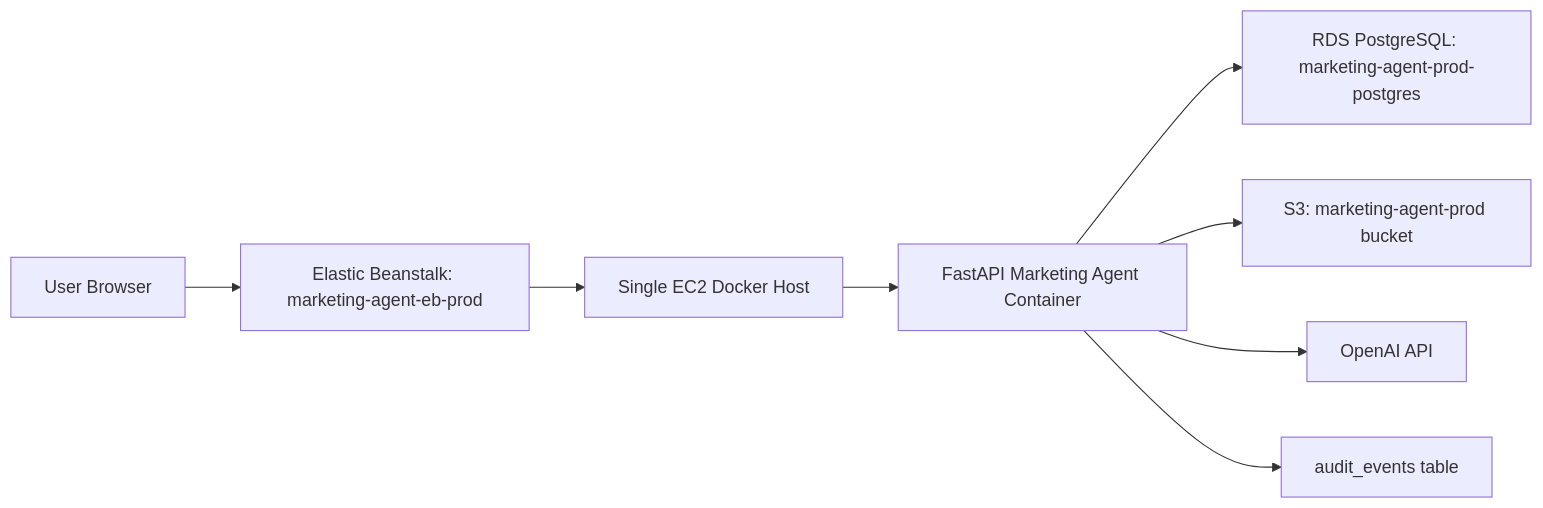
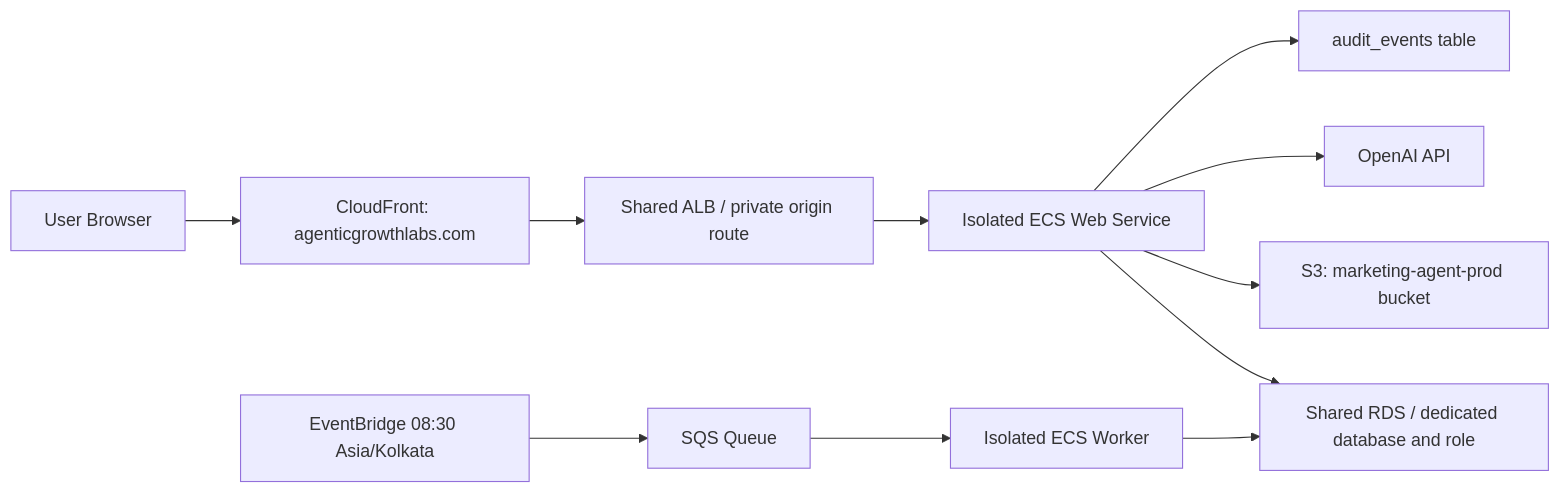
One commit to Mriganka10/Marketing-Agent changed the second of 2 diagrams in docs/ARCHITECTURE.md. Above: the diagram before and after it, drawn with Mermaid. The commit also changed other lines of this file and 12 other files, not shown here.

Commit message:
docs: describe shared ECS production architecture

````diff
--- a/docs/ARCHITECTURE.md
+++ b/docs/ARCHITECTURE.md
@@ -81,10 +83,13 @@
 ```mermaid
 flowchart LR
-    Browser["User Browser"] --> EB["Elastic Beanstalk: marketing-agent-eb-prod"]
-    EB --> EC2["Single EC2 Docker Host"]
-    EC2 --> App["FastAPI Marketing Agent Container"]
-    App --> RDS["RDS PostgreSQL: marketing-agent-prod-postgres"]
+    Browser["User Browser"] --> CF["CloudFront: agenticgrowthlabs.com"]
+    CF --> ALB["Shared ALB / private origin route"]
+    ALB --> App["Isolated ECS Web Service"]
+    Schedule["EventBridge 08:30 Asia/Kolkata"] --> Queue["SQS Queue"]
+    Queue --> Worker["Isolated ECS Worker"]
+    App --> RDS["Shared RDS / dedicated database and role"]
+    Worker --> RDS
     App --> S3["S3: marketing-agent-prod bucket"]
     App --> OpenAI["OpenAI API"]
     App --> Audit["audit_events table"]
 ```
````
